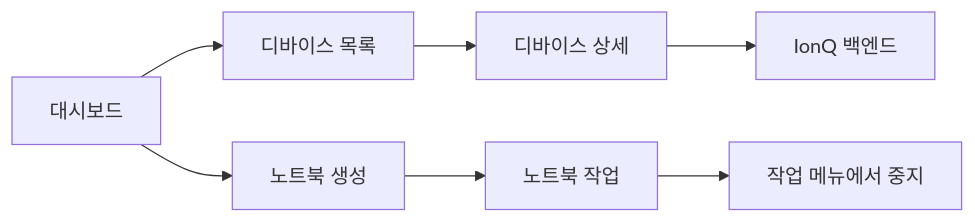
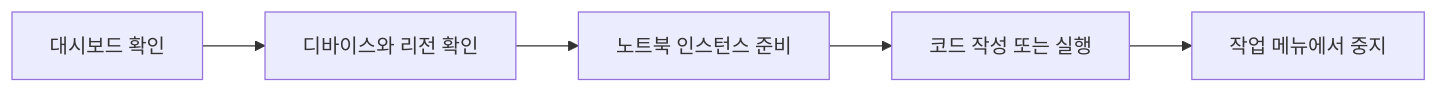
Before and after one commit to umyunsang/edu: the diagram in ComputerScience/03_ai-ml-data/quantum-lecture/notes/02. 양자클라우드 Braket 기초 사용법.md, drawn with Mermaid. The commit also changed other lines of this file and 2 other files, not shown here.

````diff
--- a/ComputerScience/03_ai-ml-data/quantum-lecture/notes/02. 양자클라우드 Braket 기초 사용법.md
+++ b/ComputerScience/03_ai-ml-data/quantum-lecture/notes/02. 양자클라우드 Braket 기초 사용법.md
@@ -27,9 +47,7 @@
 ```mermaid
 flowchart LR
-    A["대시보드"] --> B["디바이스 목록"]
-    B --> C["디바이스 상세"]
-    C --> D["IonQ 백엔드"]
-    A --> E["노트북 생성"]
-    E --> F["노트북 작업"]
-    F --> G["작업 메뉴에서 중지"]
+    D["대시보드 확인"] --> V["디바이스와 리전 확인"]
+    V --> N["노트북 인스턴스 준비"]
+    N --> W["코드 작성 또는 실행"]
+    W --> S["작업 메뉴에서 중지"]
 ```
````
